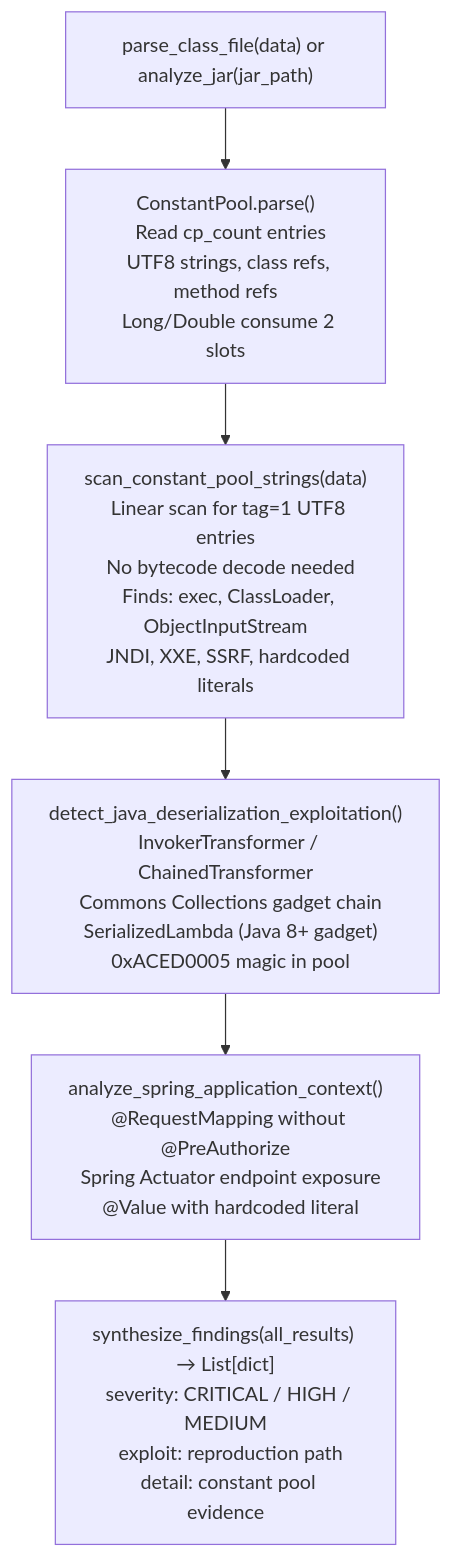
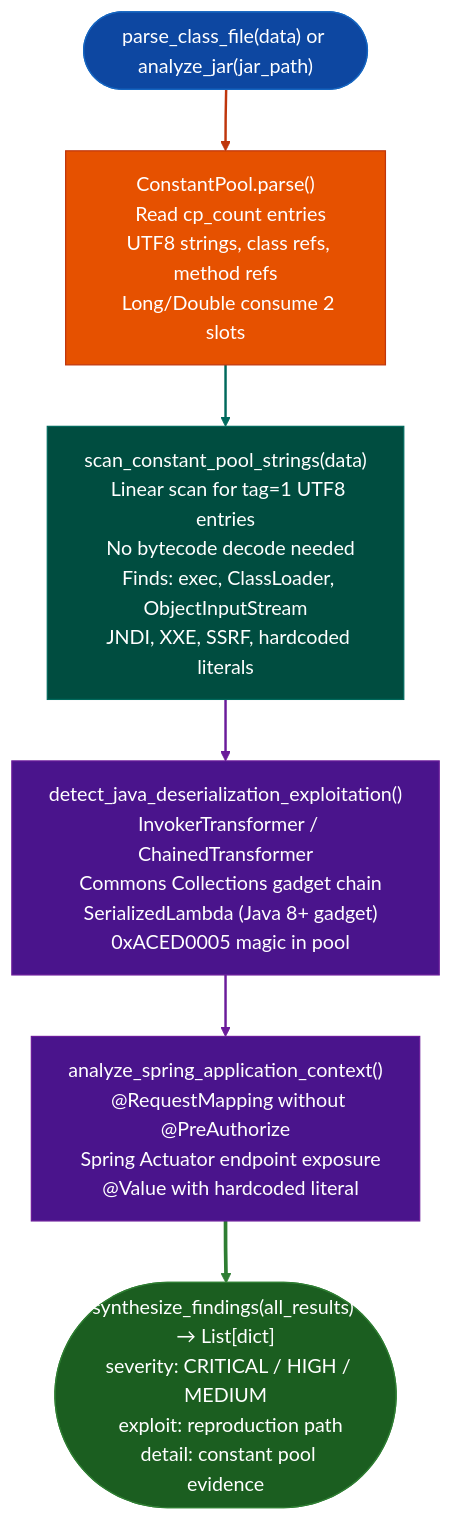
One commit to Ablation-Tool/ablation changed the diagram in docs/reference-modules/java-class-jar-parsing.md. Above: the diagram before and after it, drawn with Mermaid. The commit also changed 320 other files, not shown here.

First line of the commit message:
docs: apply canonical Mermaid template to all 321 diagrams

````diff
--- a/docs/reference-modules/java-class-jar-parsing.md
+++ b/docs/reference-modules/java-class-jar-parsing.md
@@ -19,8 +19,19 @@
 ```mermaid
 flowchart TD
-    A["parse_class_file(data) or analyze_jar(jar_path)"] --> B["ConstantPool.parse()\n  Read cp_count entries\n  UTF8 strings, class refs, method refs\n  Long/Double consume 2 slots"]
-    B --> C["scan_constant_pool_strings(data)\n  Linear scan for tag=1 UTF8 entries\n  No bytecode decode needed\n  Finds: exec, ClassLoader, ObjectInputStream\n  JNDI, XXE, SSRF, hardcoded literals"]
-    C --> D["detect_java_deserialization_exploitation()\n  InvokerTransformer / ChainedTransformer\n  Commons Collections gadget chain\n  SerializedLambda (Java 8+ gadget)\n  0xACED0005 magic in pool"]
-    D --> E["analyze_spring_application_context()\n  @RequestMapping without @PreAuthorize\n  Spring Actuator endpoint exposure\n  @Value with hardcoded literal"]
-    E --> F["synthesize_findings(all_results) → List[dict]\n  severity: CRITICAL / HIGH / MEDIUM\n  exploit: reproduction path\n  detail: constant pool evidence"]
+    A(["parse_class_file(data) or analyze_jar(jar_path)"]):::input --> B["ConstantPool.parse()\n  Read cp_count entries\n  UTF8 strings, class refs, method refs\n  Long/Double consume 2 slots"]:::primary
+    B:::primary --> C["scan_constant_pool_strings(data)\n  Linear scan for tag=1 UTF8 entries\n  No bytecode decode needed\n  Finds: exec, ClassLoader, ObjectInputStream\n  JNDI, XXE, SSRF, hardcoded literals"]:::secondary
+    C:::secondary --> D["detect_java_deserialization_exploitation()\n  InvokerTransformer / ChainedTransformer\n  Commons Collections gadget chain\n  SerializedLambda (Java 8+ gadget)\n  0xACED0005 magic in pool"]:::tertiary
+    D:::tertiary --> E["analyze_spring_application_context()\n  @RequestMapping without @PreAuthorize\n  Spring Actuator endpoint exposure\n  @Value with hardcoded literal"]:::tertiary
+    E:::tertiary --> F(["synthesize_findings(all_results) → List[dict]\n  severity: CRITICAL / HIGH / MEDIUM\n  exploit: reproduction path\n  detail: constant pool evidence"]):::output
+    classDef input     fill:#0d47a1,stroke:#1565c0,color:#fff
+    classDef primary   fill:#e65100,stroke:#bf360c,color:#fff
+    classDef secondary fill:#004d40,stroke:#00695c,color:#fff
+    classDef tertiary  fill:#4a148c,stroke:#6a1b9a,color:#fff
+    classDef neutral   fill:#37474f,stroke:#546e7a,color:#fff
+    classDef output    fill:#1b5e20,stroke:#2e7d32,color:#fff
+    linkStyle 0 stroke:#bf360c,stroke-width:2px
+    linkStyle 1 stroke:#00695c,stroke-width:2px
+    linkStyle 2 stroke:#6a1b9a,stroke-width:2px
+    linkStyle 3 stroke:#6a1b9a,stroke-width:2px
+    linkStyle 4 stroke:#2e7d32,stroke-width:3px
 ```
````
